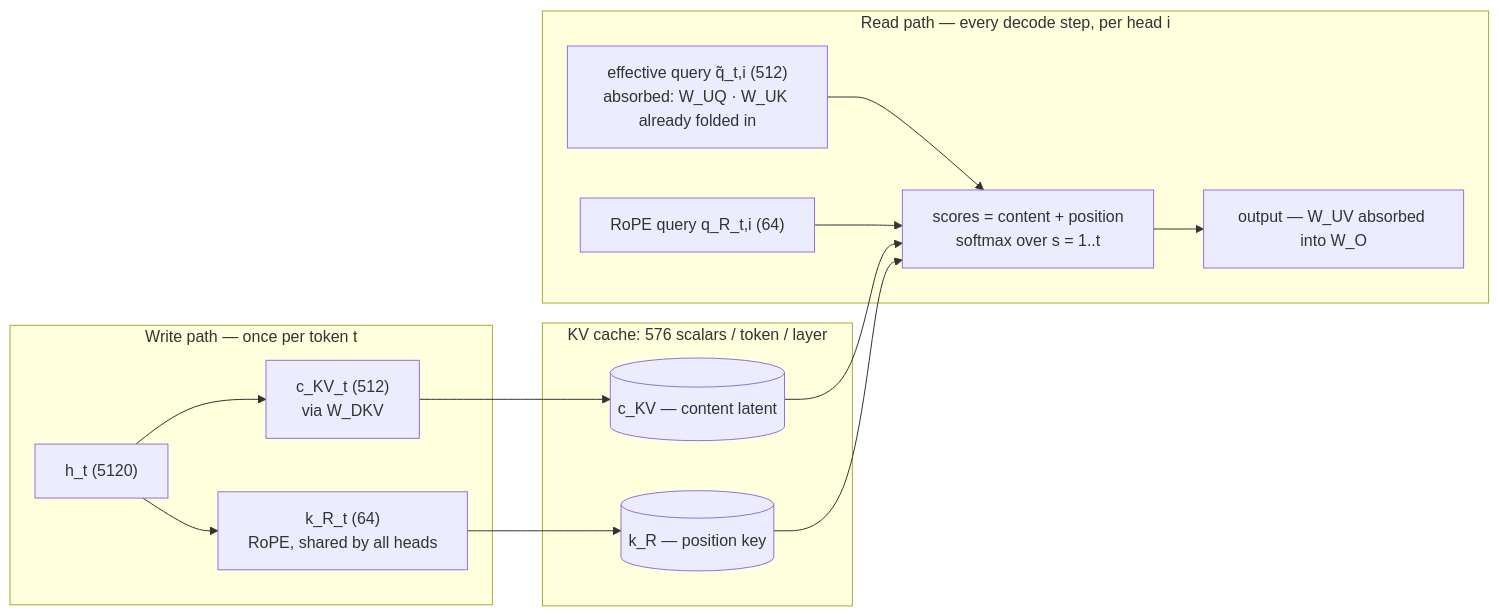
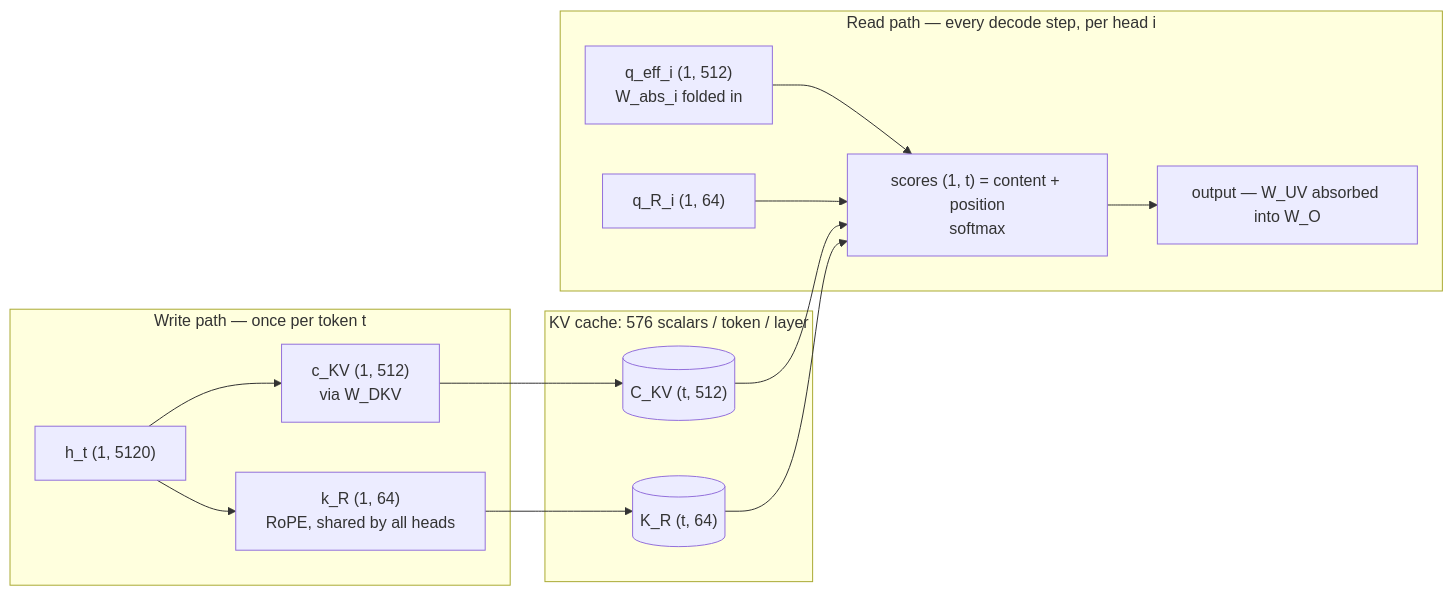
The second of 2 diagrams in deepseek-v4-attention/section_0_1_mla.md (abhishek-patnia-nu/apatnia-paper-reader), drawn with Mermaid before and after one commit. The commit also changed other lines of this file and 3 other files, not shown here.

````diff
--- a/deepseek-v4-attention/section_0_1_mla.md
+++ b/deepseek-v4-attention/section_0_1_mla.md
@@ -199,24 +201,24 @@
 ```mermaid
 flowchart LR
     subgraph write["Write path — once per token t"]
-        h["h_t (5120)"] --> ckv["c_KV_t (512)<br/>via W_DKV"]
-        h --> kr["k_R_t (64)<br/>RoPE, shared by all heads"]
+        h["h_t (1, 5120)"] --> ckv["c_KV (1, 512)<br/>via W_DKV"]
+        h --> kr["k_R (1, 64)<br/>RoPE, shared by all heads"]
     end
     subgraph cache["KV cache: 576 scalars / token / layer"]
-        cyl1[("c_KV — content latent")]
-        cyl2[("k_R — position key")]
+        cyl1[("C_KV (t, 512)")]
+        cyl2[("K_R (t, 64)")]
     end
     ckv --> cyl1
     kr --> cyl2
     subgraph read["Read path — every decode step, per head i"]
-        qt["effective query q̃_t,i (512)<br/>absorbed: W_UQ · W_UK already folded in"]
-        qr["RoPE query q_R_t,i (64)"]
-        score["scores = content + position<br/>softmax over s = 1..t"]
+        qt["q_eff_i (1, 512)<br/>W_abs_i folded in"]
+        qr["q_R_i (1, 64)"]
+        score["scores (1, t) = content + position<br/>softmax"]
         qt --> score
         qr --> score
         out["output — W_UV absorbed into W_O"]
         score --> out
     end
     cyl1 --> score
     cyl2 --> score
 ```
````
